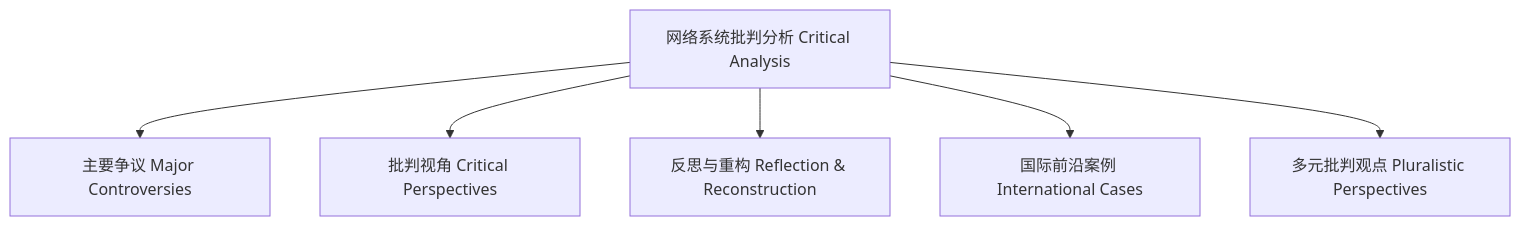
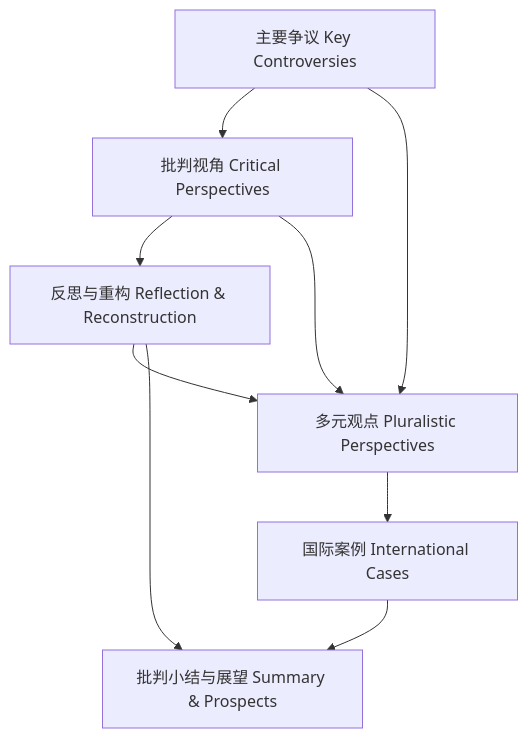
One commit to AdaMartin18010/SystemOSIOT changed the diagram in 8.网络系统/8.2 批判分析/8.2.7 批判分析知识图谱.md. Above: the diagram before and after it, drawn with Mermaid. The commit also changed other lines of this file and 6 other files, not shown here.

````diff
--- a/8.网络系统/8.2 批判分析/8.2.7 批判分析知识图谱.md
+++ b/8.网络系统/8.2 批判分析/8.2.7 批判分析知识图谱.md
@@ -3,14 +32,13 @@
 ```mermaid
-graph TD;
-  B[网络系统批判分析 Critical Analysis]
-  B1[主要争议 Major Controversies]
-  B2[批判视角 Critical Perspectives]
-  B3[反思与重构 Reflection & Reconstruction]
-  B4[国际前沿案例 International Cases]
-  B5[多元批判观点 Pluralistic Perspectives]
-  B --> B1
-  B --> B2
-  B --> B3
-  B --> B4
-  B --> B5
+graph TD
+  A[主要争议 Key Controversies]
+  B[批判视角 Critical Perspectives]
+  C[反思与重构 Reflection & Reconstruction]
+  D[多元观点 Pluralistic Perspectives]
+  E[国际案例 International Cases]
+  F[批判小结与展望 Summary & Prospects]
+  A --> B --> C --> D --> E --> F
+  B --> D
+  A --> D
+  C --> F
 ```
````
